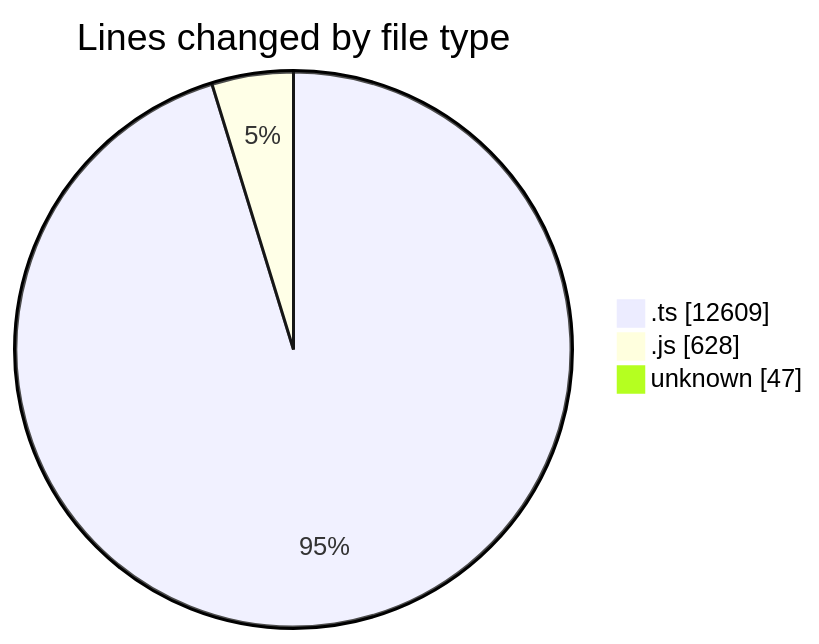
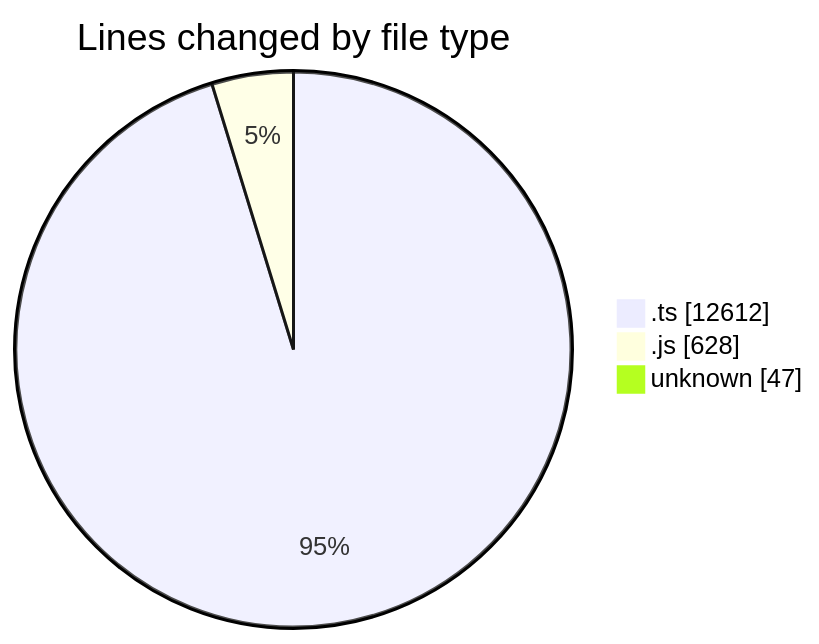
One commit to momahboobian/code-tracking changed the first of 2 diagrams in 2025-09-05/cda/README.md. Above: the diagram before and after it, drawn with Mermaid. The commit also changed other lines of this file and 1 other file, not shown here.

````diff
--- a/2025-09-05/cda/README.md
+++ b/2025-09-05/cda/README.md
@@ -25,7 +25,7 @@
 ```mermaid
 pie showData
 title Lines changed by file type
-".ts" : 12609
+".ts" : 12612
 ".js" : 628
 "unknown" : 47
 ```
````
